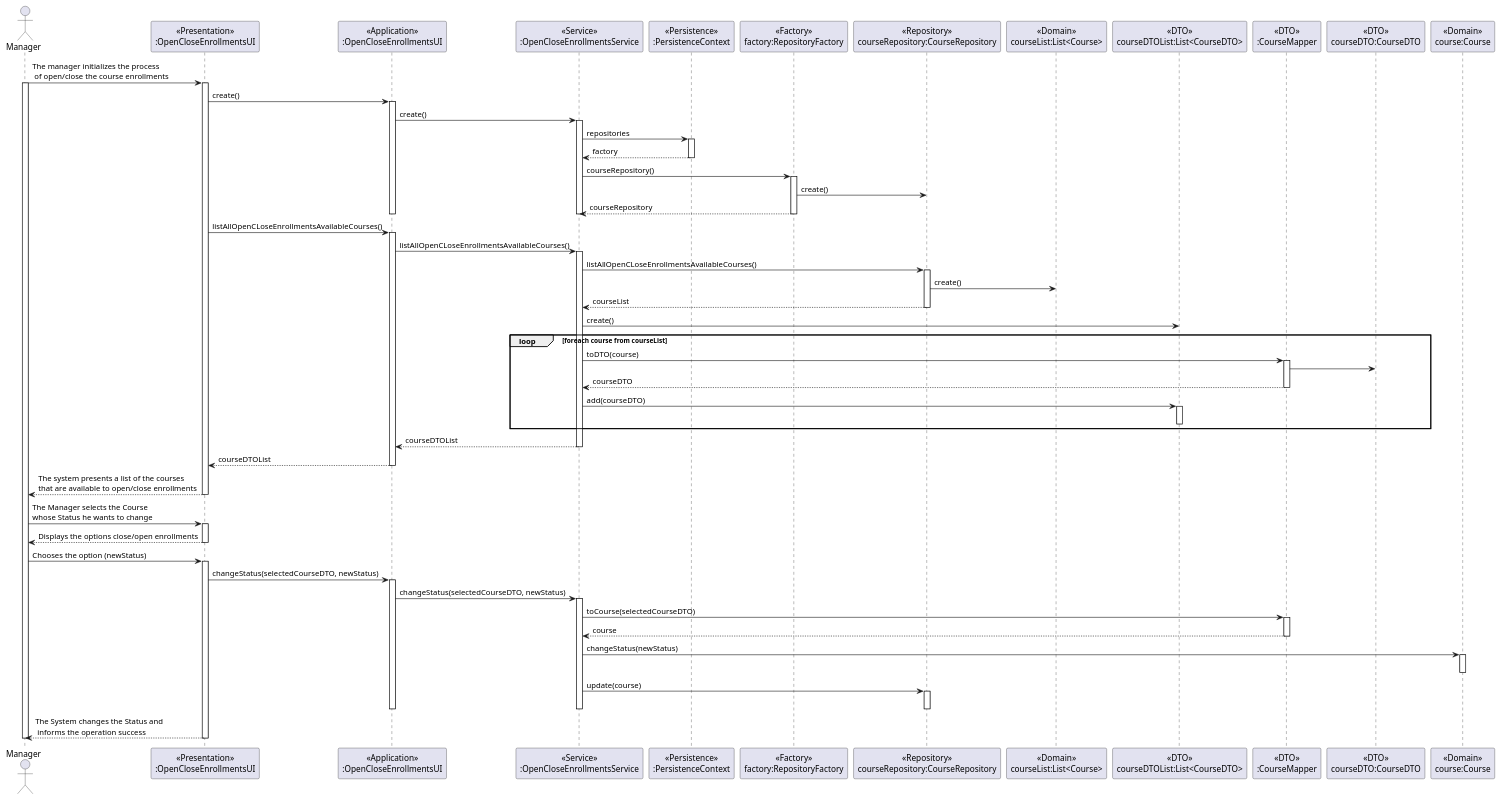
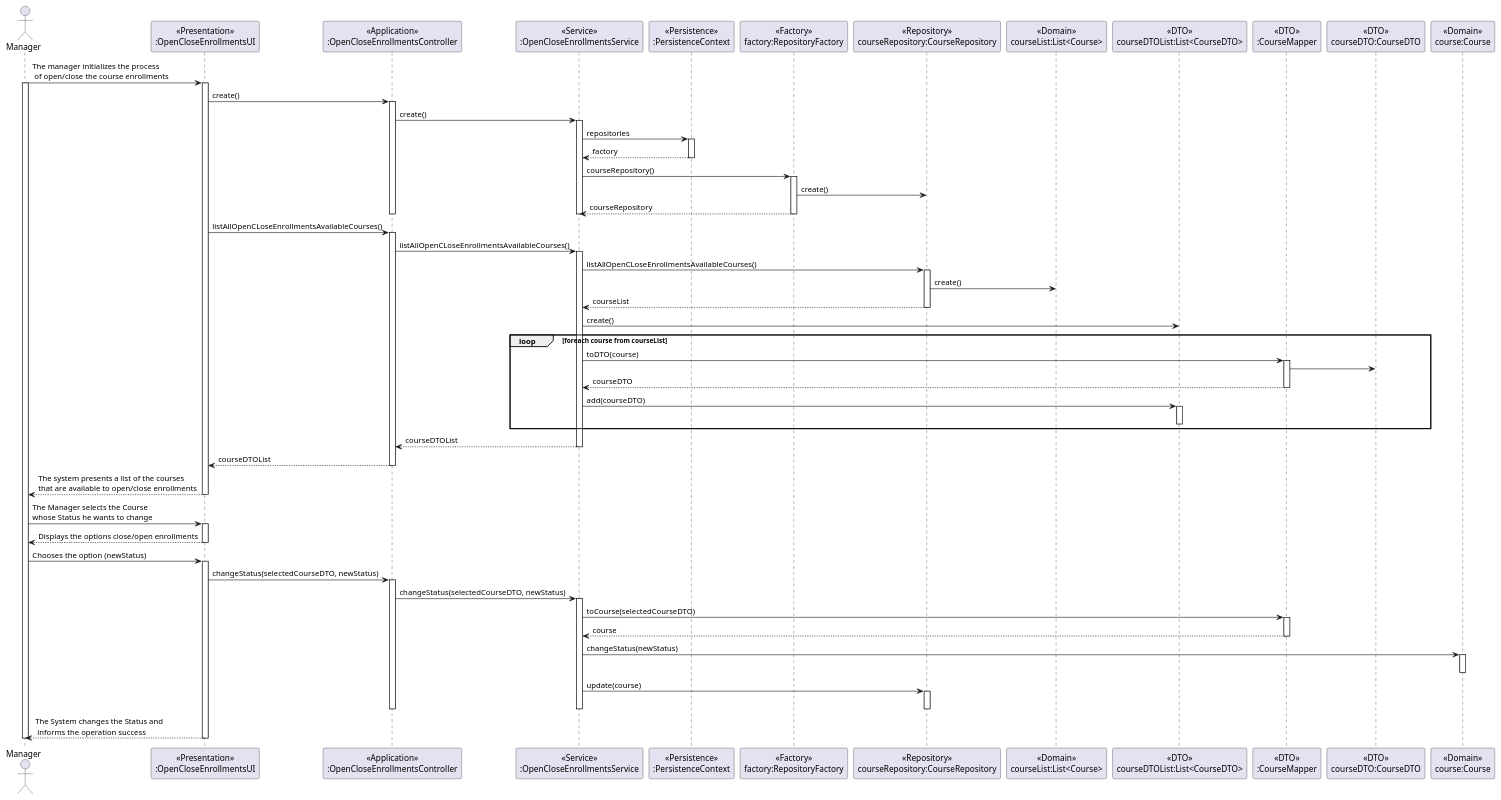
The diagram in docs/Sprint_B/us_1003/US1003_SD.puml (Marco-Nobrega-Andrade/sem4pi_22_23), drawn with PlantUML before and after one commit. The commit also changed 1 other file, not shown here.

Commit message:
[US_1003][Design] SD changes (correctionof typo from UI to Controller)

```diff
--- a/docs/Sprint_B/us_1003/US1003_SD.puml
+++ b/docs/Sprint_B/us_1003/US1003_SD.puml
@@ -1,85 +1,85 @@
 @startuml
 actor Manager as M
 participant "<<Presentation>>\n:OpenCloseEnrollmentsUI" as UI
-participant "<<Application>>\n:OpenCloseEnrollmentsUI" as CTRL
+participant "<<Application>>\n:OpenCloseEnrollmentsController" as CTRL
 participant "<<Service>>\n:OpenCloseEnrollmentsService" as OCESv
 participant "<<Persistence>>\n:PersistenceContext" as PC
 participant "<<Factory>>\nfactory:RepositoryFactory" as RF
 participant "<<Repository>>\ncourseRepository:CourseRepository" as CR
 participant "<<Domain>>\ncourseList:List<Course>" as CL
 participant "<<DTO>>\ncourseDTOList:List<CourseDTO>" as cDtoL
 participant "<<DTO>>\n:CourseMapper" as CM
 participant "<<DTO>>\ncourseDTO:CourseDTO" as cDTO
 participant "<<Domain>>\ncourse:Course" as C
 
 
 M -> UI : The manager initializes the process\n of open/close the course enrollments
 activate M
 activate UI
 UI -> CTRL : create()
 activate CTRL
 CTRL -> OCESv : create()
 activate OCESv
 OCESv -> PC : repositories
 activate PC
 PC --> OCESv : factory
 deactivate PC
 OCESv -> RF : courseRepository()
 activate RF
 RF -> CR : create()
 RF --> OCESv: courseRepository
 deactivate RF
 deactivate OCESv
 deactivate CTRL
 UI -> CTRL : listAllOpenCLoseEnrollmentsAvailableCourses()
 activate CTRL
 CTRL -> OCESv : listAllOpenCLoseEnrollmentsAvailableCourses()
 activate OCESv
 OCESv -> CR : listAllOpenCLoseEnrollmentsAvailableCourses()
 activate CR
 CR -> CL : create()
 CR --> OCESv : courseList
 deactivate CR
 OCESv -> cDtoL : create()
 loop foreach course from courseList
 OCESv -> CM : toDTO(course)
 activate CM
 CM -> cDTO
 CM --> OCESv : courseDTO
 deactivate CM
 OCESv -> cDtoL : add(courseDTO)
 activate cDtoL
 deactivate cDtoL
 end loop
 OCESv --> CTRL : courseDTOList
 deactivate OCESv
 CTRL --> UI : courseDTOList
 deactivate CTRL
 UI --> M : The system presents a list of the courses \nthat are available to open/close enrollments
 deactivate UI
 M -> UI : The Manager selects the Course \nwhose Status he wants to change
 activate UI
 UI --> M : Displays the options close/open enrollments
 deactivate UI
 M -> UI : Chooses the option (newStatus)
 activate UI
 UI -> CTRL : changeStatus(selectedCourseDTO, newStatus)
 activate CTRL
 CTRL -> OCESv : changeStatus(selectedCourseDTO, newStatus)
 activate OCESv
 OCESv -> CM : toCourse(selectedCourseDTO)
 activate CM
 CM --> OCESv : course
 deactivate CM
 OCESv -> C : changeStatus(newStatus)
 activate C
 deactivate C
 OCESv -> CR : update(course)
 activate CR
 deactivate CR
 deactivate OCESv
 deactivate CTRL
 UI --> M : The System changes the Status and\n informs the operation success
 deactivate UI
 deactivate M
 @enduml
```
